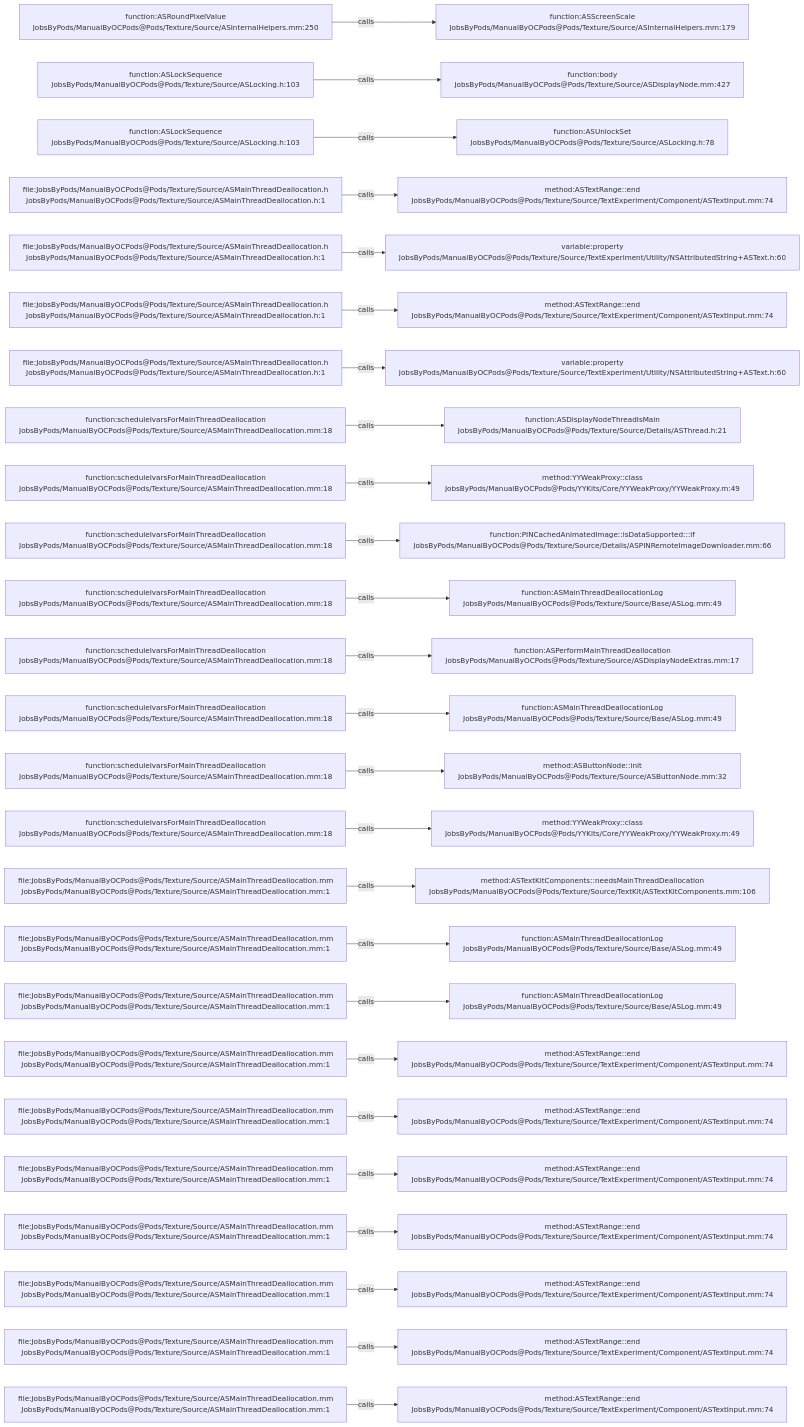
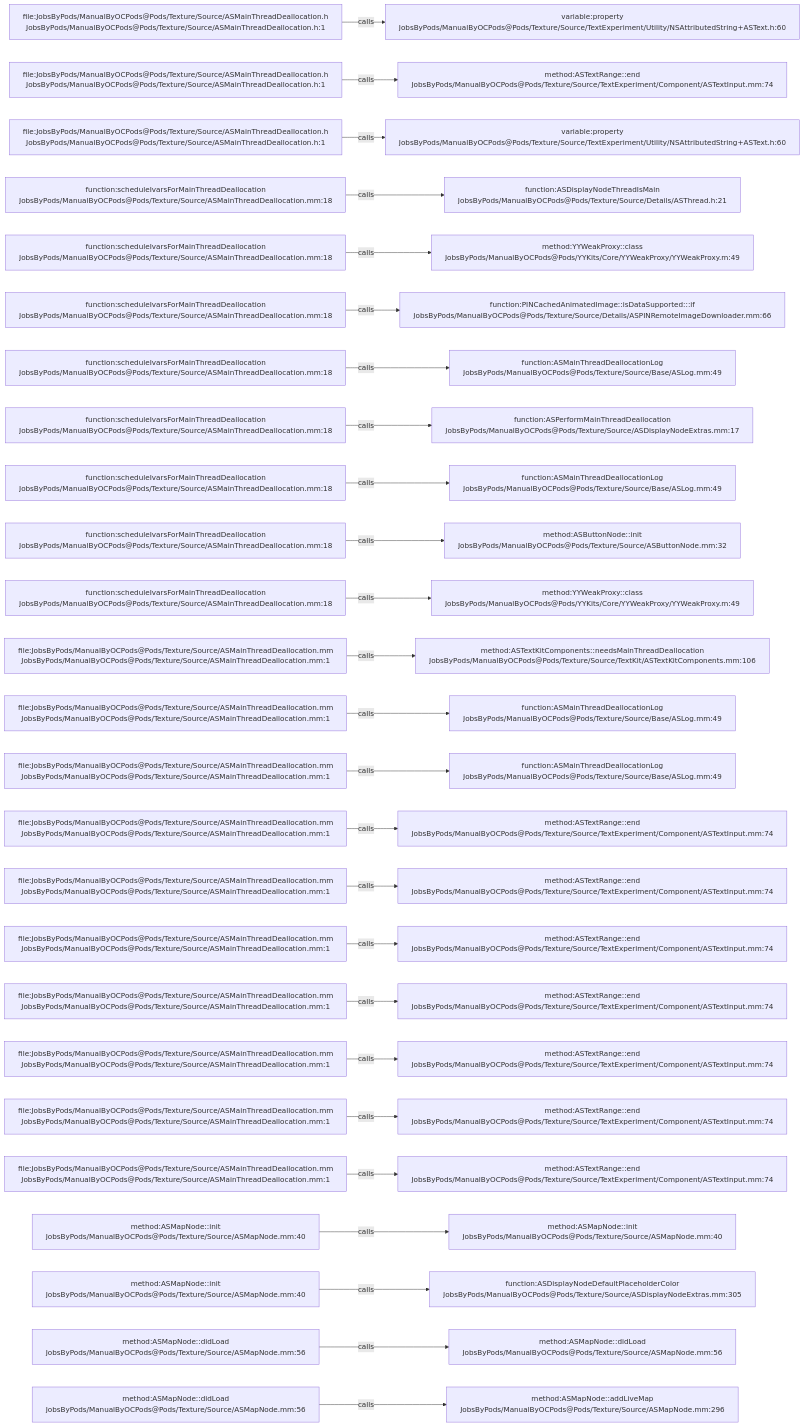
Before and after one commit to JobsKits/JobsOCBaseConfigDemo: the diagram in .codegraph/codegraph.md/graphs/calls-110.md, drawn with Mermaid. The commit also changed 727 other files, not shown here.

````diff
--- a/.codegraph/codegraph.md/graphs/calls-110.md
+++ b/.codegraph/codegraph.md/graphs/calls-110.md
@@ -13,78 +13,78 @@
 ```mermaid
 flowchart LR
-  S1["function:ASRoundPixelValue<br/>JobsByPods/ManualByOCPods@Pods/Texture/Source/ASInternalHelpers.mm:250"]
-  T1["function:ASScreenScale<br/>JobsByPods/ManualByOCPods@Pods/Texture/Source/ASInternalHelpers.mm:179"]
+  S1["file:JobsByPods/ManualByOCPods@Pods/Texture/Source/ASMainThreadDeallocation.h<br/>JobsByPods/ManualByOCPods@Pods/Texture/Source/ASMainThreadDeallocation.h:1"]
+  T1["variable:property<br/>JobsByPods/ManualByOCPods@Pods/Texture/Source/TextExperiment/Utility/NSAttributedString+ASText.h:60"]
   S1 -->|calls| T1
-  S2["function:ASLockSequence<br/>JobsByPods/ManualByOCPods@Pods/Texture/Source/ASLocking.h:103"]
-  T2["function:body<br/>JobsByPods/ManualByOCPods@Pods/Texture/Source/ASDisplayNode.mm:427"]
+  S2["file:JobsByPods/ManualByOCPods@Pods/Texture/Source/ASMainThreadDeallocation.h<br/>JobsByPods/ManualByOCPods@Pods/Texture/Source/ASMainThreadDeallocation.h:1"]
+  T2["method:ASTextRange::end<br/>JobsByPods/ManualByOCPods@Pods/Texture/Source/TextExperiment/Component/ASTextInput.mm:74"]
   S2 -->|calls| T2
-  S3["function:ASLockSequence<br/>JobsByPods/ManualByOCPods@Pods/Texture/Source/ASLocking.h:103"]
-  T3["function:ASUnlockSet<br/>JobsByPods/ManualByOCPods@Pods/Texture/Source/ASLocking.h:78"]
+  S3["file:JobsByPods/ManualByOCPods@Pods/Texture/Source/ASMainThreadDeallocation.h<br/>JobsByPods/ManualByOCPods@Pods/Texture/Source/ASMainThreadDeallocation.h:1"]
+  T3["variable:property<br/>JobsByPods/ManualByOCPods@Pods/Texture/Source/TextExperiment/Utility/NSAttributedString+ASText.h:60"]
   S3 -->|calls| T3
-  S4["file:JobsByPods/ManualByOCPods@Pods/Texture/Source/ASMainThreadDeallocation.h<br/>JobsByPods/ManualByOCPods@Pods/Texture/Source/ASMainThreadDeallocation.h:1"]
-  T4["method:ASTextRange::end<br/>JobsByPods/ManualByOCPods@Pods/Texture/Source/TextExperiment/Component/ASTextInput.mm:74"]
+  S4["function:scheduleIvarsForMainThreadDeallocation<br/>JobsByPods/ManualByOCPods@Pods/Texture/Source/ASMainThreadDeallocation.mm:18"]
+  T4["function:ASDisplayNodeThreadIsMain<br/>JobsByPods/ManualByOCPods@Pods/Texture/Source/Details/ASThread.h:21"]
   S4 -->|calls| T4
-  S5["file:JobsByPods/ManualByOCPods@Pods/Texture/Source/ASMainThreadDeallocation.h<br/>JobsByPods/ManualByOCPods@Pods/Texture/Source/ASMainThreadDeallocation.h:1"]
-  T5["variable:property<br/>JobsByPods/ManualByOCPods@Pods/Texture/Source/TextExperiment/Utility/NSAttributedString+ASText.h:60"]
+  S5["function:scheduleIvarsForMainThreadDeallocation<br/>JobsByPods/ManualByOCPods@Pods/Texture/Source/ASMainThreadDeallocation.mm:18"]
+  T5["method:YYWeakProxy::class<br/>JobsByPods/ManualByOCPods@Pods/YYKits/Core/YYWeakProxy/YYWeakProxy.m:49"]
   S5 -->|calls| T5
-  S6["file:JobsByPods/ManualByOCPods@Pods/Texture/Source/ASMainThreadDeallocation.h<br/>JobsByPods/ManualByOCPods@Pods/Texture/Source/ASMainThreadDeallocation.h:1"]
-  T6["method:ASTextRange::end<br/>JobsByPods/ManualByOCPods@Pods/Texture/Source/TextExperiment/Component/ASTextInput.mm:74"]
+  S6["function:scheduleIvarsForMainThreadDeallocation<br/>JobsByPods/ManualByOCPods@Pods/Texture/Source/ASMainThreadDeallocation.mm:18"]
+  T6["function:PINCachedAnimatedImage::isDataSupported:::if<br/>JobsByPods/ManualByOCPods@Pods/Texture/Source/Details/ASPINRemoteImageDownloader.mm:66"]
   S6 -->|calls| T6
-  S7["file:JobsByPods/ManualByOCPods@Pods/Texture/Source/ASMainThreadDeallocation.h<br/>JobsByPods/ManualByOCPods@Pods/Texture/Source/ASMainThreadDeallocation.h:1"]
-  T7["variable:property<br/>JobsByPods/ManualByOCPods@Pods/Texture/Source/TextExperiment/Utility/NSAttributedString+ASText.h:60"]
+  S7["function:scheduleIvarsForMainThreadDeallocation<br/>JobsByPods/ManualByOCPods@Pods/Texture/Source/ASMainThreadDeallocation.mm:18"]
+  T7["function:ASMainThreadDeallocationLog<br/>JobsByPods/ManualByOCPods@Pods/Texture/Source/Base/ASLog.mm:49"]
   S7 -->|calls| T7
   S8["function:scheduleIvarsForMainThreadDeallocation<br/>JobsByPods/ManualByOCPods@Pods/Texture/Source/ASMainThreadDeallocation.mm:18"]
-  T8["function:ASDisplayNodeThreadIsMain<br/>JobsByPods/ManualByOCPods@Pods/Texture/Source/Details/ASThread.h:21"]
+  T8["function:ASPerformMainThreadDeallocation<br/>JobsByPods/ManualByOCPods@Pods/Texture/Source/ASDisplayNodeExtras.mm:17"]
   S8 -->|calls| T8
   S9["function:scheduleIvarsForMainThreadDeallocation<br/>JobsByPods/ManualByOCPods@Pods/Texture/Source/ASMainThreadDeallocation.mm:18"]
-  T9["method:YYWeakProxy::class<br/>JobsByPods/ManualByOCPods@Pods/YYKits/Core/YYWeakProxy/YYWeakProxy.m:49"]
+  T9["function:ASMainThreadDeallocationLog<br/>JobsByPods/ManualByOCPods@Pods/Texture/Source/Base/ASLog.mm:49"]
   S9 -->|calls| T9
   S10["function:scheduleIvarsForMainThreadDeallocation<br/>JobsByPods/ManualByOCPods@Pods/Texture/Source/ASMainThreadDeallocation.mm:18"]
-  T10["function:PINCachedAnimatedImage::isDataSupported:::if<br/>JobsByPods/ManualByOCPods@Pods/Texture/Source/Details/ASPINRemoteImageDownloader.mm:66"]
+  T10["method:ASButtonNode::init<br/>JobsByPods/ManualByOCPods@Pods/Texture/Source/ASButtonNode.mm:32"]
   S10 -->|calls| T10
   S11["function:scheduleIvarsForMainThreadDeallocation<br/>JobsByPods/ManualByOCPods@Pods/Texture/Source/ASMainThreadDeallocation.mm:18"]
-  T11["function:ASMainThreadDeallocationLog<br/>JobsByPods/ManualByOCPods@Pods/Texture/Source/Base/ASLog.mm:49"]
+  T11["method:YYWeakProxy::class<br/>JobsByPods/ManualByOCPods@Pods/YYKits/Core/YYWeakProxy/YYWeakProxy.m:49"]
   S11 -->|calls| T11
-  S12["function:scheduleIvarsForMainThreadDeallocation<br/>JobsByPods/ManualByOCPods@Pods/Texture/Source/ASMainThreadDeallocation.mm:18"]
-  T12["function:ASPerformMainThreadDeallocation<br/>JobsByPods/ManualByOCPods@Pods/Texture/Source/ASDisplayNodeExtras.mm:17"]
+  S12["file:JobsByPods/ManualByOCPods@Pods/Texture/Source/ASMainThreadDeallocation.mm<br/>JobsByPods/ManualByOCPods@Pods/Texture/Source/ASMainThreadDeallocation.mm:1"]
+  T12["method:ASTextKitComponents::needsMainThreadDeallocation<br/>JobsByPods/ManualByOCPods@Pods/Texture/Source/TextKit/ASTextKitComponents.mm:106"]
   S12 -->|calls| T12
-  S13["function:scheduleIvarsForMainThreadDeallocation<br/>JobsByPods/ManualByOCPods@Pods/Texture/Source/ASMainThreadDeallocation.mm:18"]
+  S13["file:JobsByPods/ManualByOCPods@Pods/Texture/Source/ASMainThreadDeallocation.mm<br/>JobsByPods/ManualByOCPods@Pods/Texture/Source/ASMainThreadDeallocation.mm:1"]
   T13["function:ASMainThreadDeallocationLog<br/>JobsByPods/ManualByOCPods@Pods/Texture/Source/Base/ASLog.mm:49"]
   S13 -->|calls| T13
-  S14["function:scheduleIvarsForMainThreadDeallocation<br/>JobsByPods/ManualByOCPods@Pods/Texture/Source/ASMainThreadDeallocation.mm:18"]
-  T14["method:ASButtonNode::init<br/>JobsByPods/ManualByOCPods@Pods/Texture/Source/ASButtonNode.mm:32"]
+  S14["file:JobsByPods/ManualByOCPods@Pods/Texture/Source/ASMainThreadDeallocation.mm<br/>JobsByPods/ManualByOCPods@Pods/Texture/Source/ASMainThreadDeallocation.mm:1"]
+  T14["function:ASMainThreadDeallocationLog<br/>JobsByPods/ManualByOCPods@Pods/Texture/Source/Base/ASLog.mm:49"]
   S14 -->|calls| T14
-  S15["function:scheduleIvarsForMainThreadDeallocation<br/>JobsByPods/ManualByOCPods@Pods/Texture/Source/ASMainThreadDeallocation.mm:18"]
-  T15["method:YYWeakProxy::class<br/>JobsByPods/ManualByOCPods@Pods/YYKits/Core/YYWeakProxy/YYWeakProxy.m:49"]
+  S15["file:JobsByPods/ManualByOCPods@Pods/Texture/Source/ASMainThreadDeallocation.mm<br/>JobsByPods/ManualByOCPods@Pods/Texture/Source/ASMainThreadDeallocation.mm:1"]
+  T15["method:ASTextRange::end<br/>JobsByPods/ManualByOCPods@Pods/Texture/Source/TextExperiment/Component/ASTextInput.mm:74"]
   S15 -->|calls| T15
   S16["file:JobsByPods/ManualByOCPods@Pods/Texture/Source/ASMainThreadDeallocation.mm<br/>JobsByPods/ManualByOCPods@Pods/Texture/Source/ASMainThreadDeallocation.mm:1"]
-  T16["method:ASTextKitComponents::needsMainThreadDeallocation<br/>JobsByPods/ManualByOCPods@Pods/Texture/Source/TextKit/ASTextKitComponents.mm:106"]
+  T16["method:ASTextRange::end<br/>JobsByPods/ManualByOCPods@Pods/Texture/Source/TextExperiment/Component/ASTextInput.mm:74"]
   S16 -->|calls| T16
   S17["file:JobsByPods/ManualByOCPods@Pods/Texture/Source/ASMainThreadDeallocation.mm<br/>JobsByPods/ManualByOCPods@Pods/Texture/Source/ASMainThreadDeallocation.mm:1"]
-  T17["function:ASMainThreadDeallocationLog<br/>JobsByPods/ManualByOCPods@Pods/Texture/Source/Base/ASLog.mm:49"]
+  T17["method:ASTextRange::end<br/>JobsByPods/ManualByOCPods@Pods/Texture/Source/TextExperiment/Component/ASTextInput.mm:74"]
   S17 -->|calls| T17
   S18["file:JobsByPods/ManualByOCPods@Pods/Texture/Source/ASMainThreadDeallocation.mm<br/>JobsByPods/ManualByOCPods@Pods/Texture/Source/ASMainThreadDeallocation.mm:1"]
-  T18["function:ASMainThreadDeallocationLog<br/>JobsByPods/ManualByOCPods@Pods/Texture/Source/Base/ASLog.mm:49"]
+  T18["method:ASTextRange::end<br/>JobsByPods/ManualByOCPods@Pods/Texture/Source/TextExperiment/Component/ASTextInput.mm:74"]
   S18 -->|calls| T18
   S19["file:JobsByPods/ManualByOCPods@Pods/Texture/Source/ASMainThreadDeallocation.mm<br/>JobsByPods/ManualByOCPods@Pods/Texture/Source/ASMainThreadDeallocation.mm:1"]
   T19["method:ASTextRange::end<br/>JobsByPods/ManualByOCPods@Pods/Texture/Source/TextExperiment/Component/ASTextInput.mm:74"]
   S19 -->|calls| T19
   S20["file:JobsByPods/ManualByOCPods@Pods/Texture/Source/ASMainThreadDeallocation.mm<br/>JobsByPods/ManualByOCPods@Pods/Texture/Source/ASMainThreadDeallocation.mm:1"]
   T20["method:ASTextRange::end<br/>JobsByPods/ManualByOCPods@Pods/Texture/Source/TextExperiment/Component/ASTextInput.mm:74"]
   S20 -->|calls| T20
   S21["file:JobsByPods/ManualByOCPods@Pods/Texture/Source/ASMainThreadDeallocation.mm<br/>JobsByPods/ManualByOCPods@Pods/Texture/Source/ASMainThreadDeallocation.mm:1"]
   T21["method:ASTextRange::end<br/>JobsByPods/ManualByOCPods@Pods/Texture/Source/TextExperiment/Component/ASTextInput.mm:74"]
   S21 -->|calls| T21
-  S22["file:JobsByPods/ManualByOCPods@Pods/Texture/Source/ASMainThreadDeallocation.mm<br/>JobsByPods/ManualByOCPods@Pods/Texture/Source/ASMainThreadDeallocation.mm:1"]
-  T22["method:ASTextRange::end<br/>JobsByPods/ManualByOCPods@Pods/Texture/Source/TextExperiment/Component/ASTextInput.mm:74"]
+  S22["method:ASMapNode::init<br/>JobsByPods/ManualByOCPods@Pods/Texture/Source/ASMapNode.mm:40"]
+  T22["method:ASMapNode::init<br/>JobsByPods/ManualByOCPods@Pods/Texture/Source/ASMapNode.mm:40"]
   S22 -->|calls| T22
-  S23["file:JobsByPods/ManualByOCPods@Pods/Texture/Source/ASMainThreadDeallocation.mm<br/>JobsByPods/ManualByOCPods@Pods/Texture/Source/ASMainThreadDeallocation.mm:1"]
-  T23["method:ASTextRange::end<br/>JobsByPods/ManualByOCPods@Pods/Texture/Source/TextExperiment/Component/ASTextInput.mm:74"]
+  S23["method:ASMapNode::init<br/>JobsByPods/ManualByOCPods@Pods/Texture/Source/ASMapNode.mm:40"]
+  T23["function:ASDisplayNodeDefaultPlaceholderColor<br/>JobsByPods/ManualByOCPods@Pods/Texture/Source/ASDisplayNodeExtras.mm:305"]
   S23 -->|calls| T23
-  S24["file:JobsByPods/ManualByOCPods@Pods/Texture/Source/ASMainThreadDeallocation.mm<br/>JobsByPods/ManualByOCPods@Pods/Texture/Source/ASMainThreadDeallocation.mm:1"]
-  T24["method:ASTextRange::end<br/>JobsByPods/ManualByOCPods@Pods/Texture/Source/TextExperiment/Component/ASTextInput.mm:74"]
+  S24["method:ASMapNode::didLoad<br/>JobsByPods/ManualByOCPods@Pods/Texture/Source/ASMapNode.mm:56"]
+  T24["method:ASMapNode::didLoad<br/>JobsByPods/ManualByOCPods@Pods/Texture/Source/ASMapNode.mm:56"]
   S24 -->|calls| T24
-  S25["file:JobsByPods/ManualByOCPods@Pods/Texture/Source/ASMainThreadDeallocation.mm<br/>JobsByPods/ManualByOCPods@Pods/Texture/Source/ASMainThreadDeallocation.mm:1"]
-  T25["method:ASTextRange::end<br/>JobsByPods/ManualByOCPods@Pods/Texture/Source/TextExperiment/Component/ASTextInput.mm:74"]
+  S25["method:ASMapNode::didLoad<br/>JobsByPods/ManualByOCPods@Pods/Texture/Source/ASMapNode.mm:56"]
+  T25["method:ASMapNode::addLiveMap<br/>JobsByPods/ManualByOCPods@Pods/Texture/Source/ASMapNode.mm:296"]
   S25 -->|calls| T25
 ```
````
